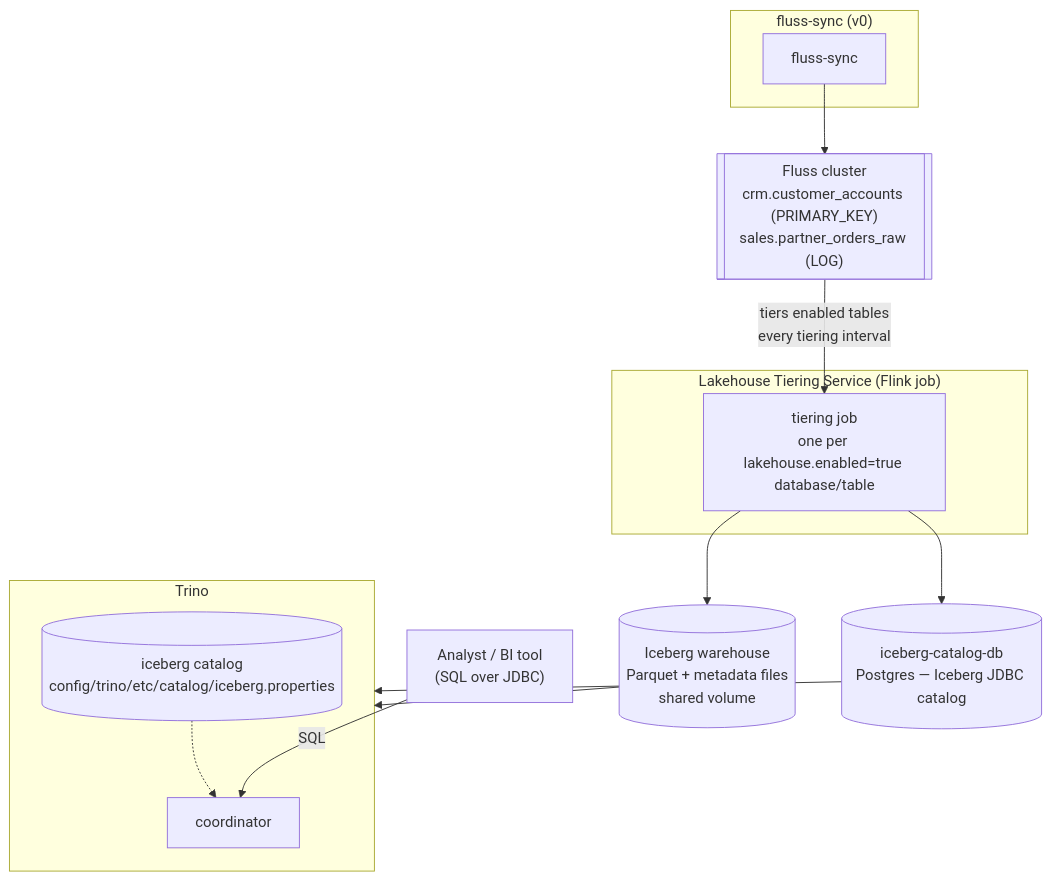
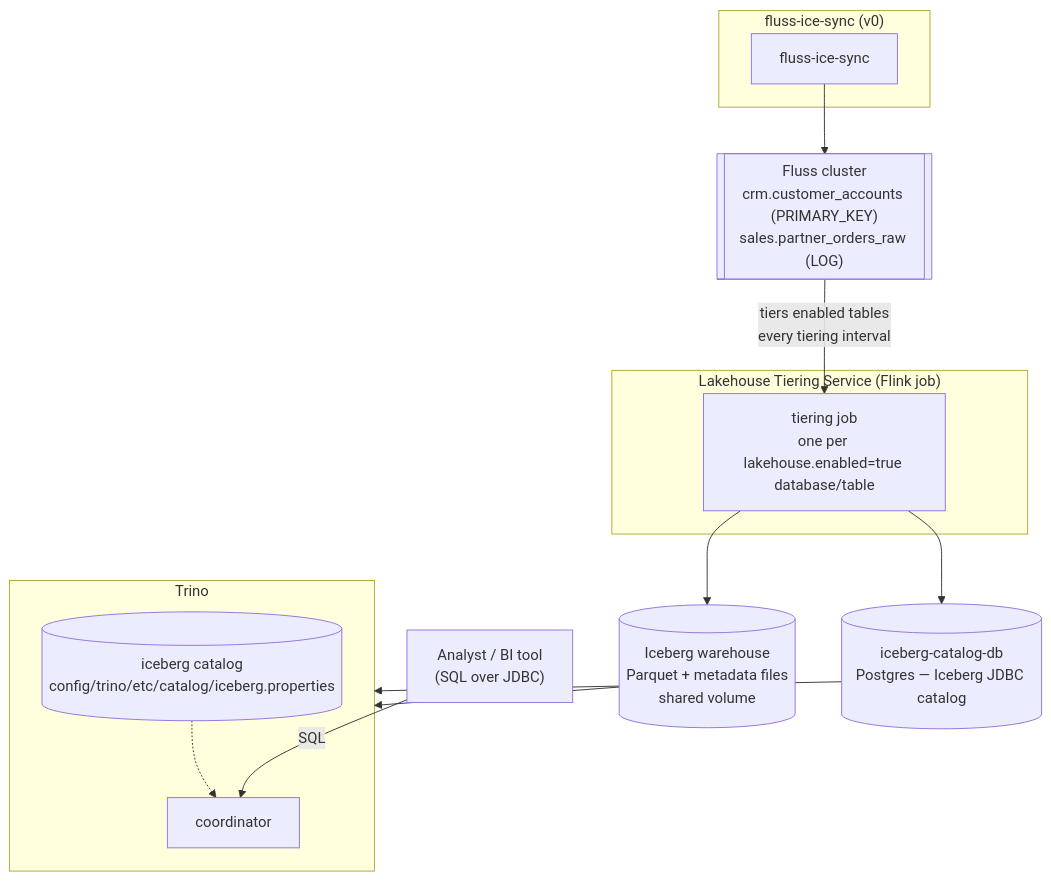
The first of 2 diagrams in doc/design/v1-trino-integration-design.md (avikbesu/fluss-ice-sync), drawn with Mermaid before and after one commit. The commit also changed other lines of this file and 11 other files, not shown here.

First line of the commit message:
Rename project from fluss-sync to fluss-ice-sync

````diff
--- a/doc/design/v1-trino-integration-design.md
+++ b/doc/design/v1-trino-integration-design.md
@@ -99,31 +99,31 @@
 ```mermaid
 flowchart TB
-    subgraph SYNC["fluss-sync (v0)"]
-        FS["fluss-sync"]
+    subgraph SYNC["fluss-ice-sync (v0)"]
+        FS["fluss-ice-sync"]
     end
 
     FLUSS[["Fluss cluster<br/>crm.customer_accounts (PRIMARY_KEY)<br/>sales.partner_orders_raw (LOG)"]]
 
     subgraph TIER["Lakehouse Tiering Service (Flink job)"]
         TJ["tiering job<br/>one per lakehouse.enabled=true database/table"]
     end
 
     WH[("Iceberg warehouse<br/>Parquet + metadata files<br/>shared volume")]
     CATDB[("iceberg-catalog-db<br/>Postgres — Iceberg JDBC catalog")]
 
     subgraph TRINO["Trino"]
         TC["coordinator"]
         CAT[("iceberg catalog<br/>config/trino/etc/catalog/iceberg.properties")]
         CAT -.-> TC
     end
 
     BI["Analyst / BI tool<br/>(SQL over JDBC)"]
 
     FS --> FLUSS
     FLUSS -->|"tiers enabled tables<br/>every tiering interval"| TJ
     TJ --> WH
     TJ --> CATDB
     WH --> TRINO
     CATDB --> TRINO
     BI -->|SQL| TC
 ```
````
